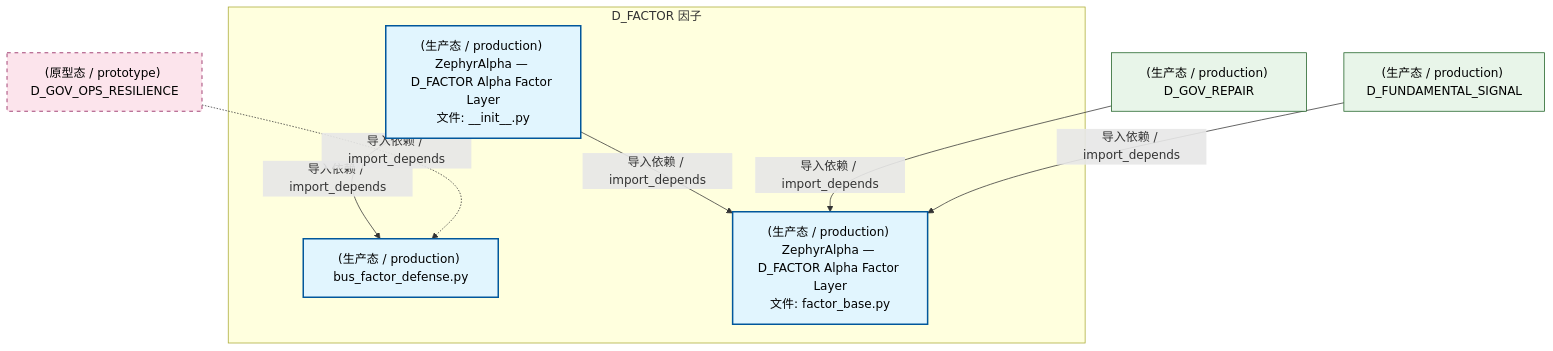
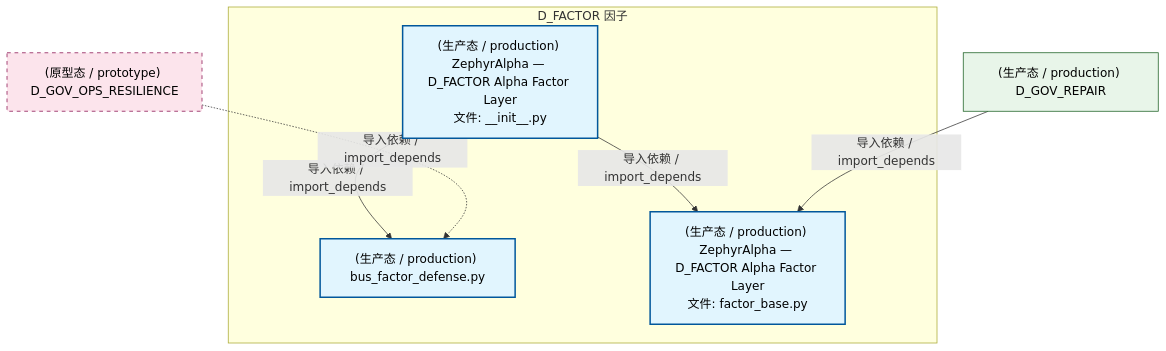
Before and after one commit to xuanFelixVan/ZephyrAlpha: the second of 4 diagrams in docs/02_enterprise_architecture/02_domain_architecture_docs/36_d_factor.md, drawn with Mermaid. The commit also changed other lines of this file and 126 other files, not shown here.

````diff
--- a/docs/02_enterprise_architecture/02_domain_architecture_docs/36_d_factor.md
+++ b/docs/02_enterprise_architecture/02_domain_architecture_docs/36_d_factor.md
@@ -118,23 +117,21 @@
 ```mermaid
 graph TD
     subgraph D_FACTOR["D_FACTOR 因子"]
         src_zephyr_factor_init_py["(生产态 / production) ZephyrAlpha — D_FACTOR Alpha Factor Layer<br/>文件: __init__.py"]
         src_zephyr_factor_bus_factor_defense_py["(生产态 / production) bus_factor_defense.py"]
         src_zephyr_factor_factor_base_py["(生产态 / production) ZephyrAlpha — D_FACTOR Alpha Factor Layer<br/>文件: factor_base.py"]
     end
     src_zephyr_factor_init_py -->|导入依赖 / import_depends| src_zephyr_factor_bus_factor_defense_py
     src_zephyr_factor_init_py -->|导入依赖 / import_depends| src_zephyr_factor_factor_base_py
     D_GOV_REPAIR["(生产态 / production) D_GOV_REPAIR"]
     D_GOV_REPAIR -->|导入依赖 / import_depends| src_zephyr_factor_factor_base_py
     D_GOV_OPS_RESILIENCE["(原型态 / prototype) D_GOV_OPS_RESILIENCE"]
     D_GOV_OPS_RESILIENCE -.->|导入依赖 / import_depends| src_zephyr_factor_bus_factor_defense_py
-    D_FUNDAMENTAL_SIGNAL["(生产态 / production) D_FUNDAMENTAL_SIGNAL"]
-    D_FUNDAMENTAL_SIGNAL -->|导入依赖 / import_depends| src_zephyr_factor_factor_base_py
     classDef production fill:#e1f5fe,stroke:#01579b,stroke-width:2px,color:#000
     classDef design fill:#fff3e0,stroke:#e65100,stroke-width:2px,color:#000,stroke-dasharray: 5 5
     classDef external_prod fill:#e8f5e9,stroke:#1b5e20,stroke-width:1px,color:#000
     classDef external_design fill:#fce4ec,stroke:#880e4f,stroke-width:1px,color:#000,stroke-dasharray: 5 5
     class src_zephyr_factor_init_py,src_zephyr_factor_bus_factor_defense_py,src_zephyr_factor_factor_base_py production
-    class D_GOV_REPAIR,D_FUNDAMENTAL_SIGNAL external_prod
+    class D_GOV_REPAIR external_prod
     class D_GOV_OPS_RESILIENCE external_design
 ```
````
